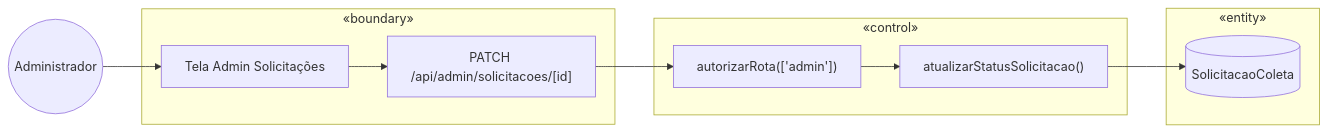
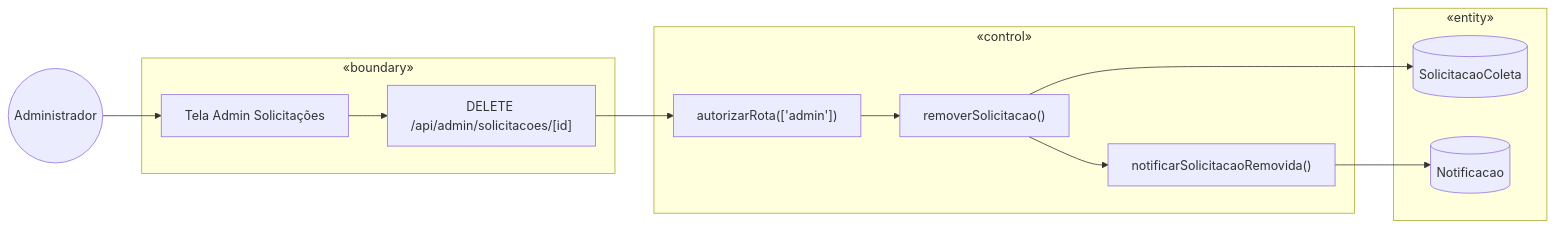
Before and after one commit to lononeiro/olx-ecologico: the second of 6 diagrams in docs/APENDICE-H-classes-participantes.md, drawn with Mermaid. The commit also changed other lines of this file and 53 other files, not shown here.

First line of the commit message:
docs(uml): revisao dos diagramas e sincronizacao docs/ com uml/

````diff
--- a/docs/APENDICE-H-classes-participantes.md
+++ b/docs/APENDICE-H-classes-participantes.md
@@ -53,24 +56,28 @@
 ```mermaid
 flowchart LR
     actor((Administrador))
 
     subgraph boundary["«boundary»"]
         telaAdmin["Tela Admin Solicitações"]
-        apiAdmin["PATCH /api/admin/solicitacoes/[id]"]
+        apiAdmin["DELETE /api/admin/solicitacoes/[id]"]
     end
 
     subgraph control["«control»"]
         guard["autorizarRota(['admin'])"]
-        svcStatus["atualizarStatusSolicitacao()"]
+        svcRemover["removerSolicitacao()"]
+        svcNotifica["notificarSolicitacaoRemovida()"]
     end
 
     subgraph entity["«entity»"]
         eSol[(SolicitacaoColeta)]
+        eNotif[(Notificacao)]
     end
 
     actor --> telaAdmin
     telaAdmin --> apiAdmin
     apiAdmin --> guard
-    guard --> svcStatus
-    svcStatus --> eSol
+    guard --> svcRemover
+    svcRemover --> eSol
+    svcRemover --> svcNotifica
+    svcNotifica --> eNotif
 ```
````
